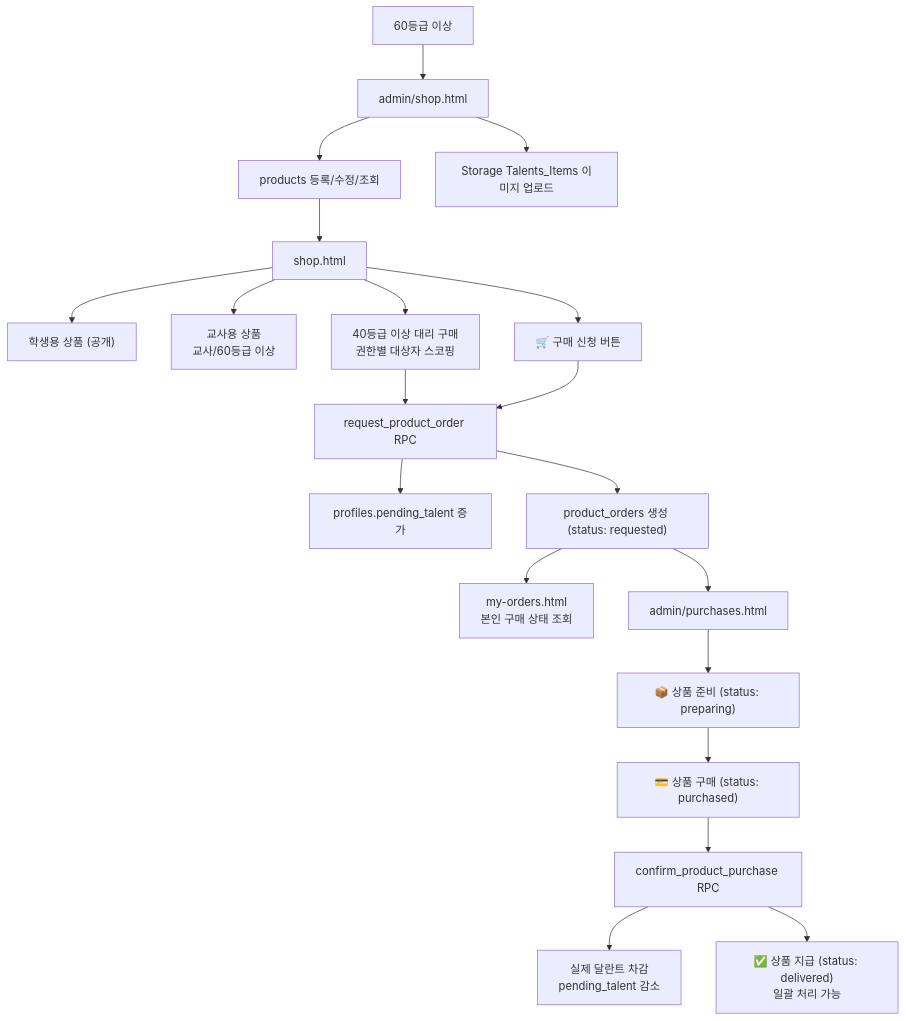
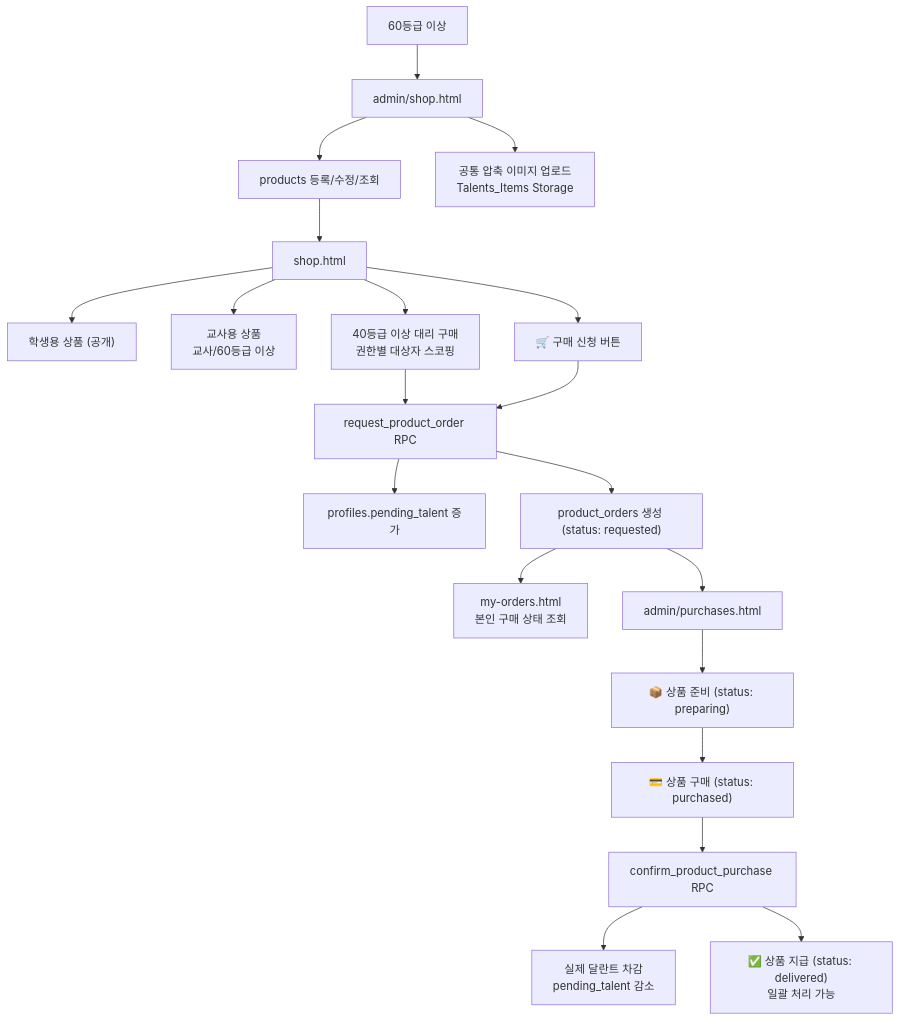
Before and after one commit to CHO-Talents-Test/CHO-Talents-Test: diagram 12 of 16 in docs/PROJECT_ARCHITECTURE_FLOW.md, drawn with Mermaid. The commit also changed other lines of this file and 58 other files, not shown here.

````diff
--- a/docs/PROJECT_ARCHITECTURE_FLOW.md
+++ b/docs/PROJECT_ARCHITECTURE_FLOW.md
@@ -499,24 +506,24 @@
 ```mermaid
 flowchart TD
   Manager["60등급 이상"] --> ManageShop["admin/shop.html"]
   ManageShop --> ProductCRUD["products 등록/수정/조회"]
-  ManageShop --> Upload["Storage Talents_Items 이미지 업로드"]
+  ManageShop --> Upload["공통 압축 이미지 업로드<br/>Talents_Items Storage"]
   ProductCRUD --> PublicShop["shop.html"]
   PublicShop --> Student["학생용 상품 (공개)"]
   PublicShop --> Teacher["교사용 상품<br/>교사/60등급 이상"]
 
   PublicShop --> OrderBtn["🛒 구매 신청 버튼"]
   PublicShop --> ProxyBtn["40등급 이상 대리 구매<br/>권한별 대상자 스코핑"]
   ProxyBtn --> OrderRPC
   OrderBtn --> OrderRPC["request_product_order RPC"]
   OrderRPC --> PendingTalent["profiles.pending_talent 증가"]
   OrderRPC --> OrderRecord["product_orders 생성 (status: requested)"]
   OrderRecord --> MyOrders["my-orders.html<br/>본인 구매 상태 조회"]
 
   OrderRecord --> PurchasePage["admin/purchases.html"]
   PurchasePage --> Preparing["📦 상품 준비 (status: preparing)"]
   Preparing --> Purchased["💳 상품 구매 (status: purchased)"]
   Purchased --> ConfirmRPC["confirm_product_purchase RPC"]
   ConfirmRPC --> Deduct["실제 달란트 차감<br/>pending_talent 감소"]
   ConfirmRPC --> Delivered["✅ 상품 지급 (status: delivered)<br/>일괄 처리 가능"]
 ```
````
